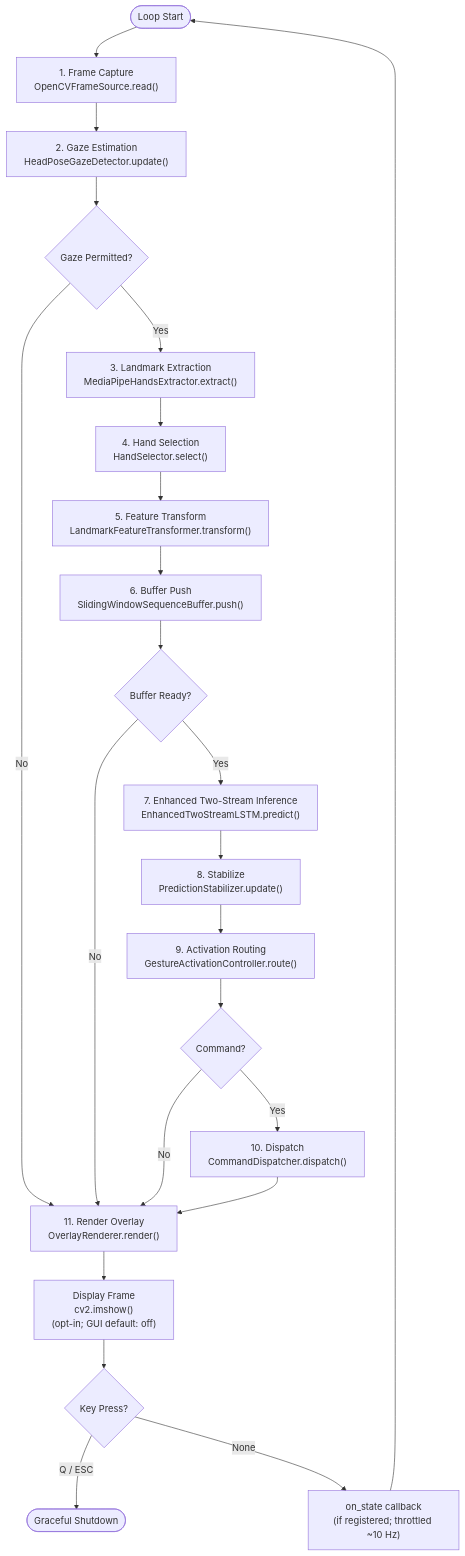
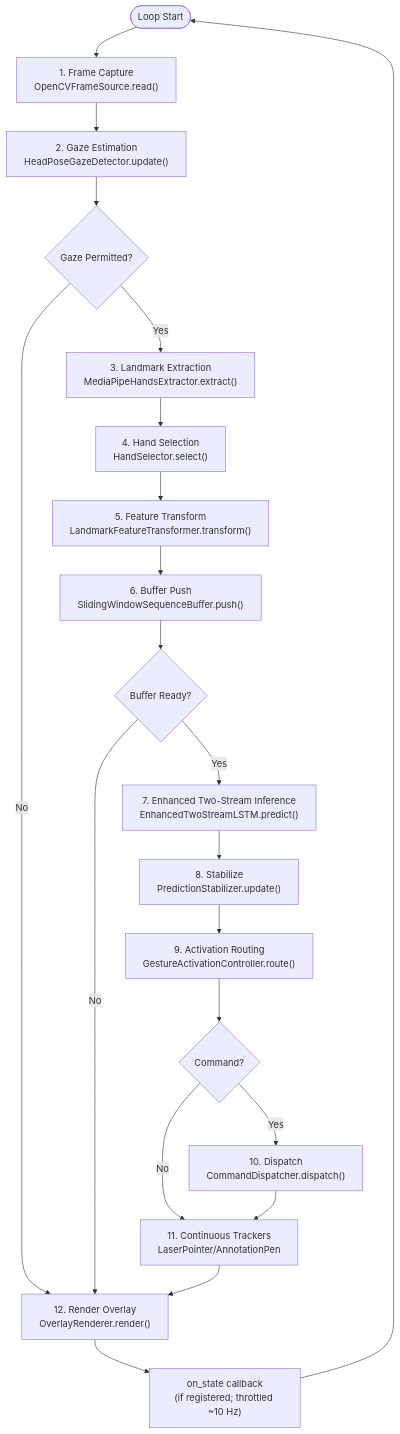
Before and after one commit to ntsrigaud/Maestro: the first of 6 diagrams in docs/architecture/process-view.md, drawn with Mermaid. The commit also changed other lines of this file and 10 other files, not shown here.

First line of the commit message:
docs: align architecture documentations with latest system state

````diff
--- a/docs/architecture/process-view.md
+++ b/docs/architecture/process-view.md
@@ -36,25 +36,23 @@
 ```mermaid
 graph TD
     Start([Loop Start]) --> Capture["1. Frame Capture<br/>OpenCVFrameSource.read()"]
     Capture --> Gaze["2. Gaze Estimation<br/>HeadPoseGazeDetector.update()"]
     Gaze --> GazeOk{Gaze Permitted?}
     GazeOk -->|No| Render
     GazeOk -->|Yes| Extract["3. Landmark Extraction<br/>MediaPipeHandsExtractor.extract()"]
     Extract --> Select["4. Hand Selection<br/>HandSelector.select()"]
     Select --> Transform["5. Feature Transform<br/>LandmarkFeatureTransformer.transform()"]
     Transform --> Buffer["6. Buffer Push<br/>SlidingWindowSequenceBuffer.push()"]
     Buffer --> Ready{Buffer Ready?}
     Ready -->|No| Render
     Ready -->|Yes| Infer["7. Enhanced Two-Stream Inference<br/>EnhancedTwoStreamLSTM.predict()"]
     Infer --> Stabilize["8. Stabilize<br/>PredictionStabilizer.update()"]
     Stabilize --> Activate["9. Activation Routing<br/>GestureActivationController.route()"]
     Activate --> HasCmd{Command?}
     HasCmd -->|Yes| Dispatch["10. Dispatch<br/>CommandDispatcher.dispatch()"]
-    HasCmd -->|No| Render
-    Dispatch --> Render["11. Render Overlay<br/>OverlayRenderer.render()"]
-    Render --> Display["Display Frame<br/>cv2.imshow()<br/>(opt-in; GUI default: off)"]
-    Display --> KeyCheck{Key Press?}
-    KeyCheck -->|Q / ESC| Shutdown([Graceful Shutdown])
-    KeyCheck -->|None| Callback["on_state callback<br/>(if registered; throttled ~10 Hz)"]
+    HasCmd -->|No| Continuous
+    Dispatch --> Continuous["11. Continuous Trackers<br/>LaserPointer/AnnotationPen"]
+    Continuous --> Render["12. Render Overlay<br/>OverlayRenderer.render()"]
+    Render --> Callback["on_state callback<br/>(if registered; throttled ~10 Hz)"]
     Callback --> Start
 ```
````
